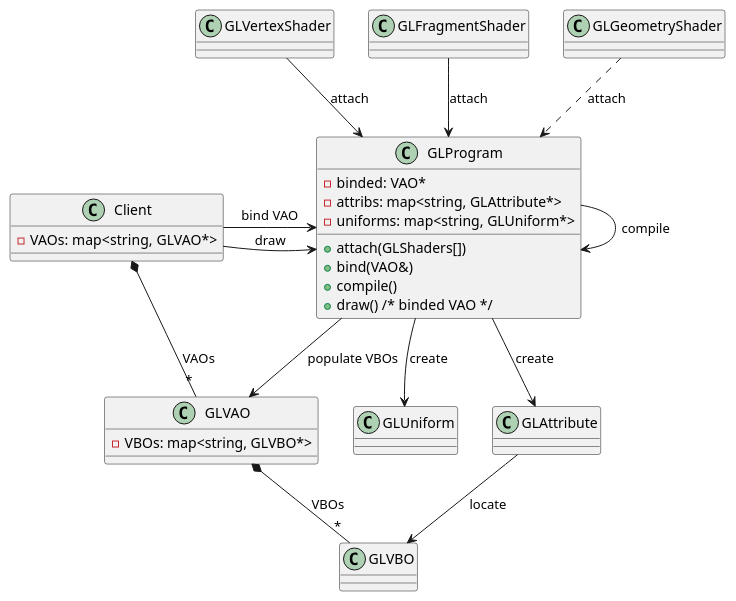
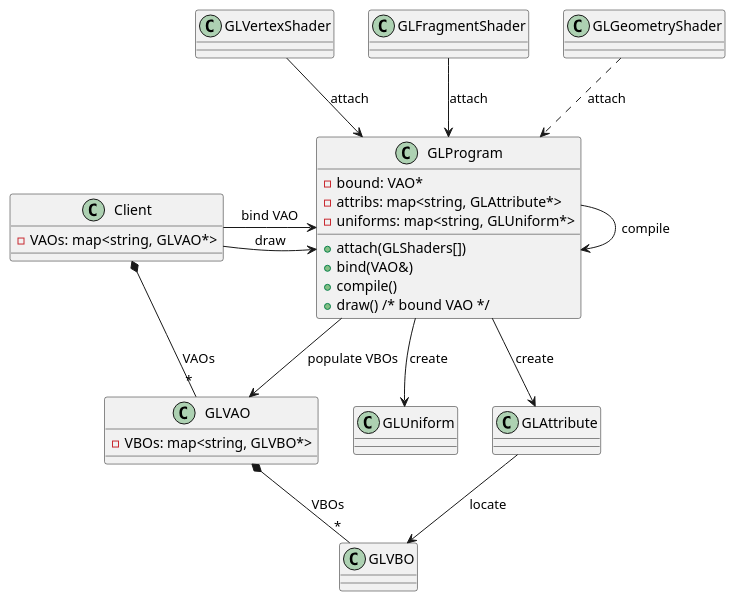
The diagram in doc/uml/opengl_compo.plantuml (Lecrapouille/OpenGLCppWrapper), drawn with PlantUML before and after one commit. The commit also changed 16 other files, not shown here.

```diff
--- a/doc/uml/opengl_compo.plantuml
+++ b/doc/uml/opengl_compo.plantuml
@@ -1,44 +1,44 @@
 @startuml
 
 ' OpenGL class composition
 
 class GLVertexShader
 class GLFragmentShader
 class GLGeometryShader
 class GLProgram {
--binded: VAO*
+-bound: VAO*
 -attribs: map<string, GLAttribute*>
 -uniforms: map<string, GLUniform*>
 +attach(GLShaders[])
 +bind(VAO&)
 +compile()
-+draw() /* binded VAO */
++draw() /* bound VAO */
 }
 class GLUniform
 class GLAttribute
 class GLVAO {
 -VBOs: map<string, GLVBO*>
 }
 class Client {
 -VAOs: map<string, GLVAO*>
 }
 class GLVBO
 
 GLVertexShader --> GLProgram : attach
 GLFragmentShader --> GLProgram : attach
 GLGeometryShader ..> GLProgram : attach
 
 GLProgram -> GLProgram : compile
 GLProgram --> GLAttribute: create
 GLProgram --> GLUniform :  create
 
 GLAttribute --> GLVBO: locate
 
 Client *-- "*" GLVAO: VAOs
 GLVAO *-- "*" GLVBO: VBOs
 Client -> GLProgram: bind VAO
 Client -> GLProgram: draw
 GLProgram --> GLVAO: populate VBOs
 
 
 @enduml
```
